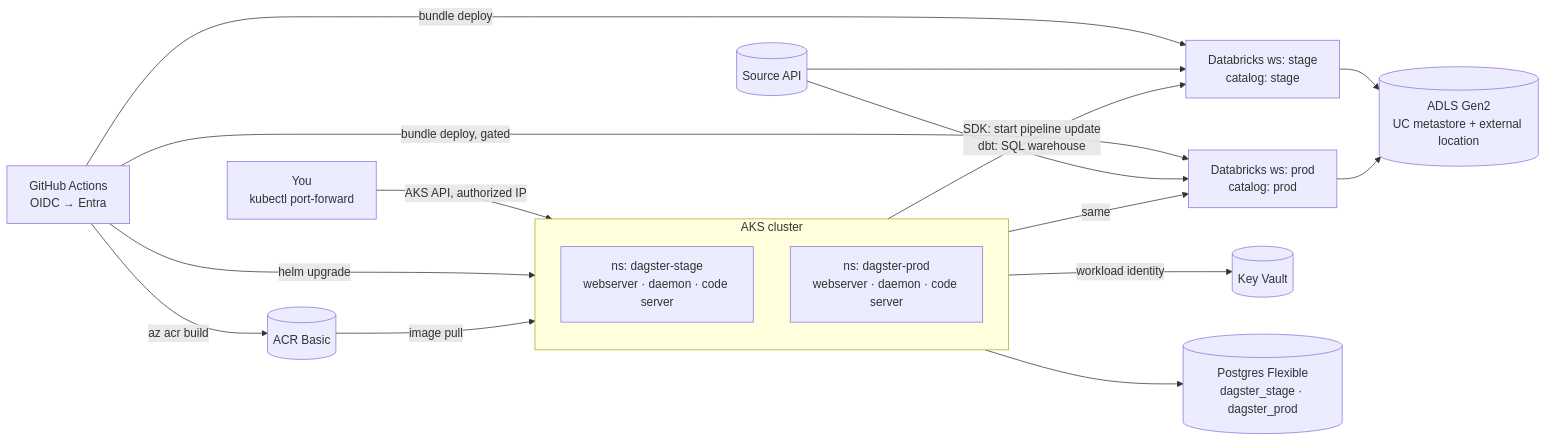
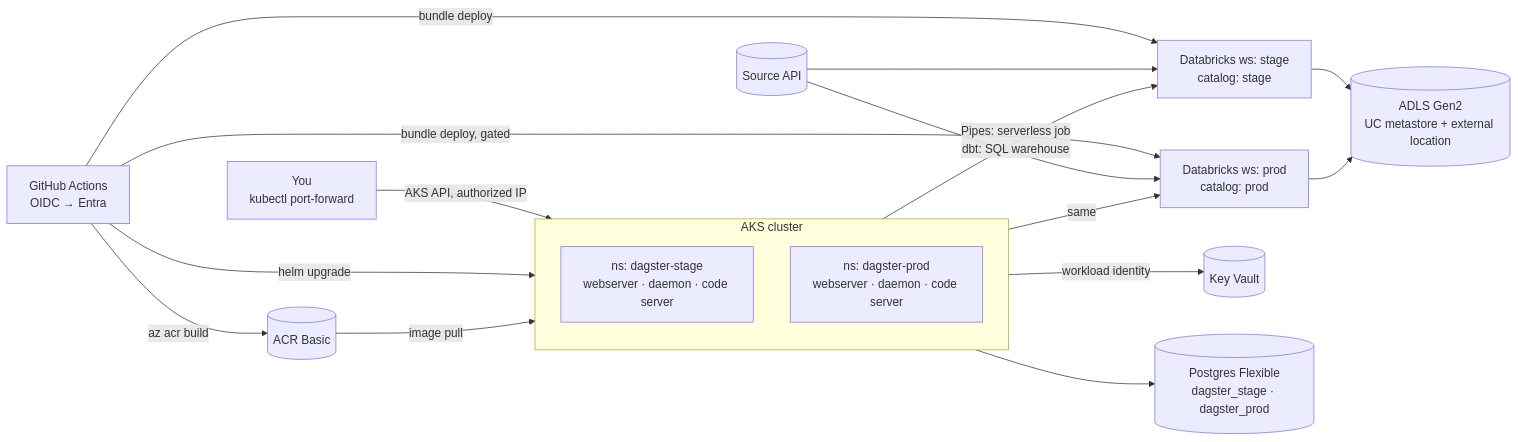
One commit to off-prem/dagster-databricks-dbt-azure changed the diagram in docs/architecture.md. Above: the diagram before and after it, drawn with Mermaid. The commit also changed other lines of this file and 89 other files, not shown here.

````diff
--- a/docs/architecture.md
+++ b/docs/architecture.md
@@ -15,26 +15,26 @@
 ```mermaid
 flowchart LR
   dev[You<br/>kubectl port-forward] -->|AKS API, authorized IP| aks
   gh[GitHub Actions<br/>OIDC → Entra] -->|az acr build| acr[(ACR Basic)]
   gh -->|helm upgrade| aks
   gh -->|bundle deploy| dbxS
   gh -->|bundle deploy, gated| dbxP
 
   subgraph aks[AKS cluster]
     direction TB
     ns1[ns: dagster-stage<br/>webserver · daemon · code server]
     ns2[ns: dagster-prod<br/>webserver · daemon · code server]
   end
 
   aks -->|workload identity| kv[(Key Vault)]
   aks --> pg[(Postgres Flexible<br/>dagster_stage · dagster_prod)]
   acr -->|image pull| aks
 
-  ns1 -->|SDK: start pipeline update<br/>dbt: SQL warehouse| dbxS[Databricks ws: stage<br/>catalog: stage]
+  ns1 -->|Pipes: serverless job<br/>dbt: SQL warehouse| dbxS[Databricks ws: stage<br/>catalog: stage]
   ns2 -->|same| dbxP[Databricks ws: prod<br/>catalog: prod]
 
   dbxS --> adls[(ADLS Gen2<br/>UC metastore + external location)]
   dbxP --> adls
   api[(Source API)] --> dbxS
   api --> dbxP
 ```
````
